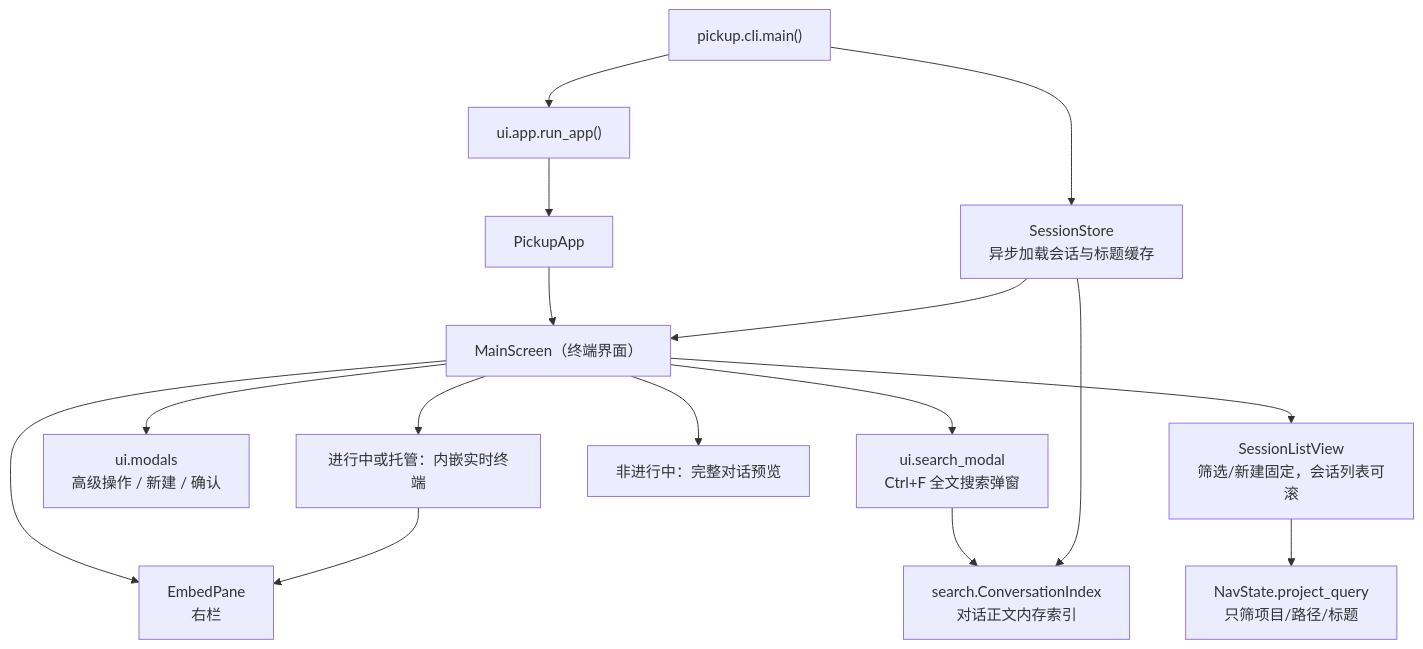
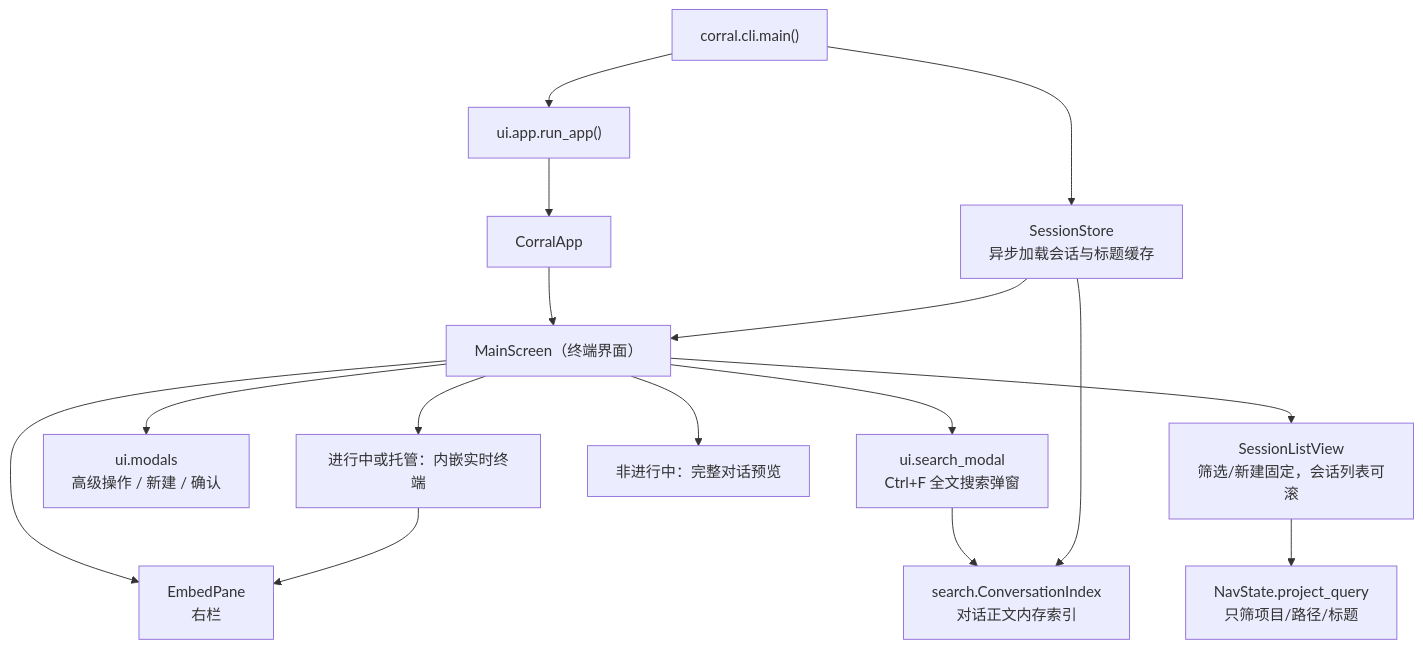
Before and after one commit to x0c/corral: the first of 3 diagrams in docs/TERMINAL_UI_KNOWLEDGE_BASE.md, drawn with Mermaid. The commit also changed other lines of this file and 254 other files, not shown here.

````diff
--- a/docs/TERMINAL_UI_KNOWLEDGE_BASE.md
+++ b/docs/TERMINAL_UI_KNOWLEDGE_BASE.md
@@ -50,18 +50,18 @@
 ```mermaid
 graph TD
-    A["pickup.cli.main()"] --> B["SessionStore<br/>异步加载会话与标题缓存"]
+    A["corral.cli.main()"] --> B["SessionStore<br/>异步加载会话与标题缓存"]
     A --> C["ui.app.run_app()"]
-    C --> D["PickupApp"]
+    C --> D["CorralApp"]
     D --> E["MainScreen（终端界面）"]
     E --> F["SessionListView<br/>筛选/新建固定，会话列表可滚"]
     E --> G["EmbedPane<br/>右栏"]
     F --> H["NavState.project_query<br/>只筛项目/路径/标题"]
     E --> I["ui.modals<br/>高级操作 / 新建 / 确认"]
     E --> S["ui.search_modal<br/>Ctrl+F 全文搜索弹窗"]
     S --> T["search.ConversationIndex<br/>对话正文内存索引"]
     B --> T
     B --> E
     E --> J["非进行中：完整对话预览"]
     E --> K["进行中或托管：内嵌实时终端"]
     K --> G
 ```
````
